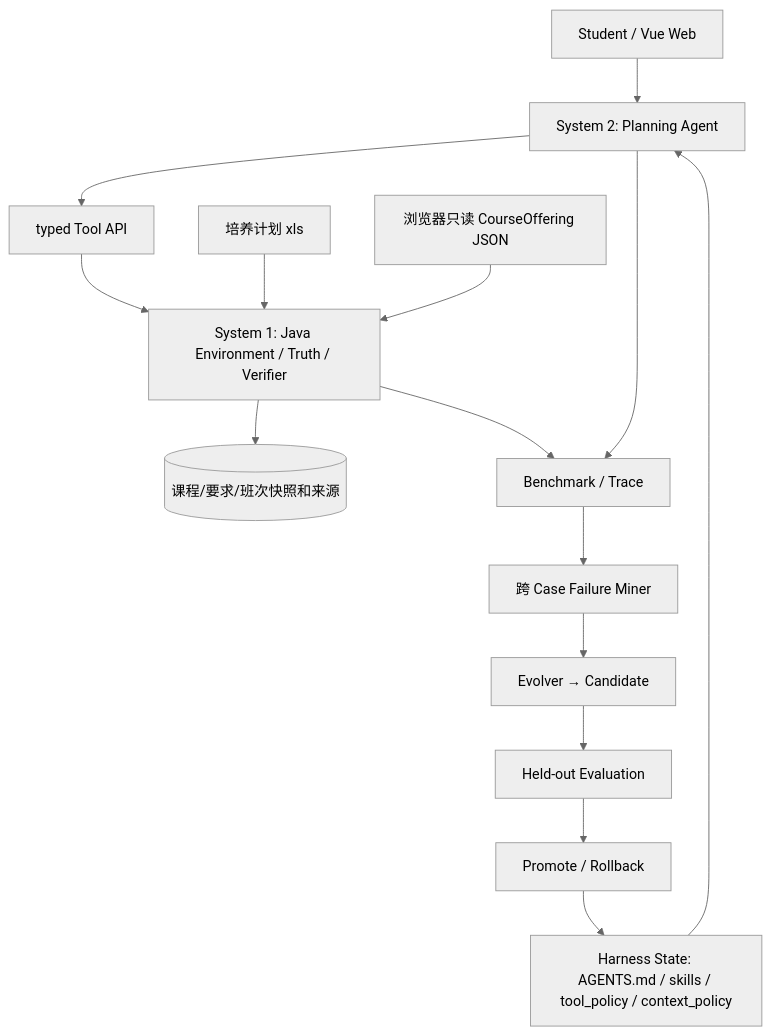
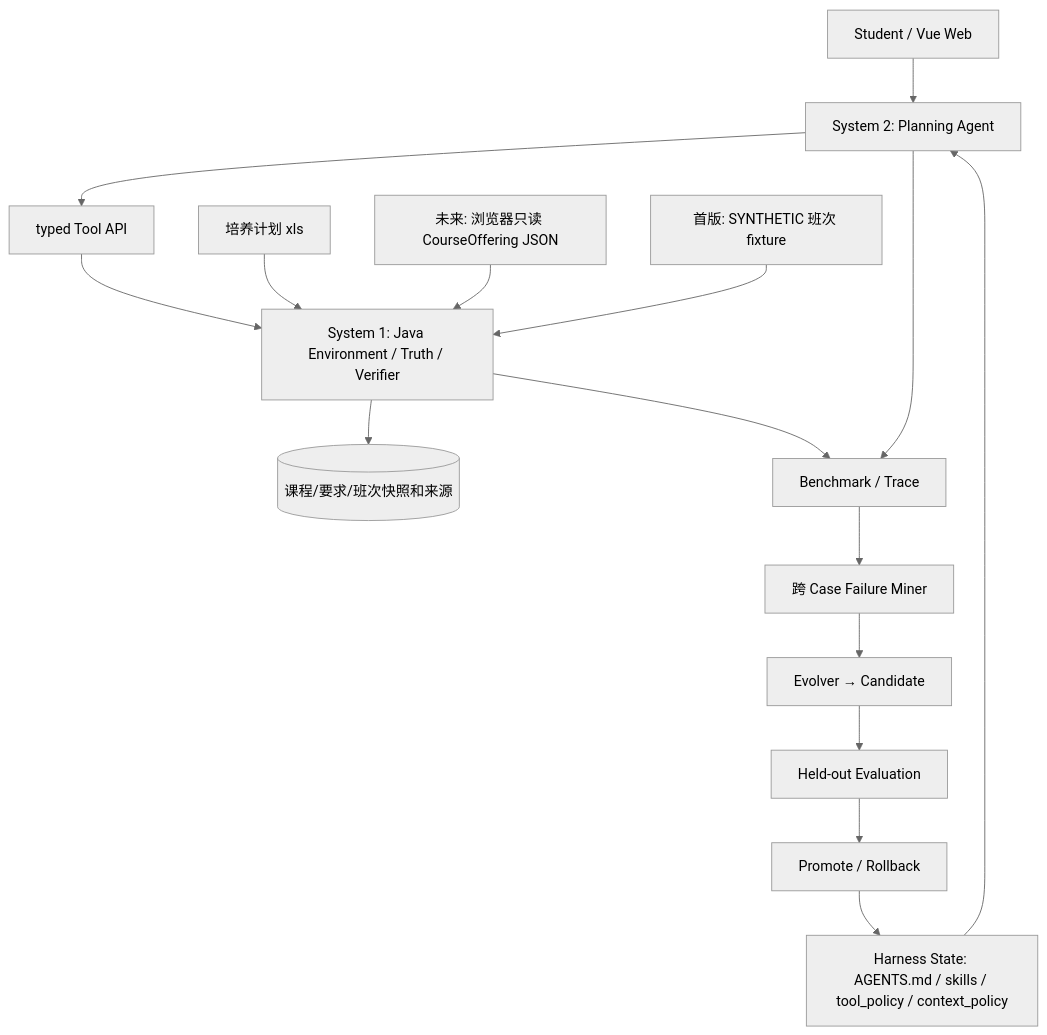
The diagram in docs/03-trd.md (HelicasECoode42/CoursePilot-Evo), drawn with Mermaid (neutral theme) before and after one commit. The commit also changed other lines of this file and 23 other files, not shown here.

````diff
--- a/docs/03-trd.md
+++ b/docs/03-trd.md
@@ -20,17 +20,18 @@
 ```mermaid
 flowchart TB
   U[Student / Vue Web] --> PY[System 2: Planning Agent]
   H[Harness State: AGENTS.md / skills / tool_policy / context_policy] --> PY
   PY --> API[typed Tool API]
   API --> J[System 1: Java Environment / Truth / Verifier]
   X[培养计划 xls] --> J
-  B[浏览器只读 CourseOffering JSON] --> J
+  B[未来: 浏览器只读 CourseOffering JSON] --> J
+  F[首版: SYNTHETIC 班次 fixture] --> J
   J --> DB[(课程/要求/班次快照和来源)]
   PY --> BENCH[Benchmark / Trace]
   J --> BENCH
   BENCH --> MINER[跨 Case Failure Miner]
   MINER --> EV[Evolver → Candidate]
   EV --> HOLD[Held-out Evaluation]
   HOLD --> G[Promote / Rollback]
   G --> H
 ```
````
